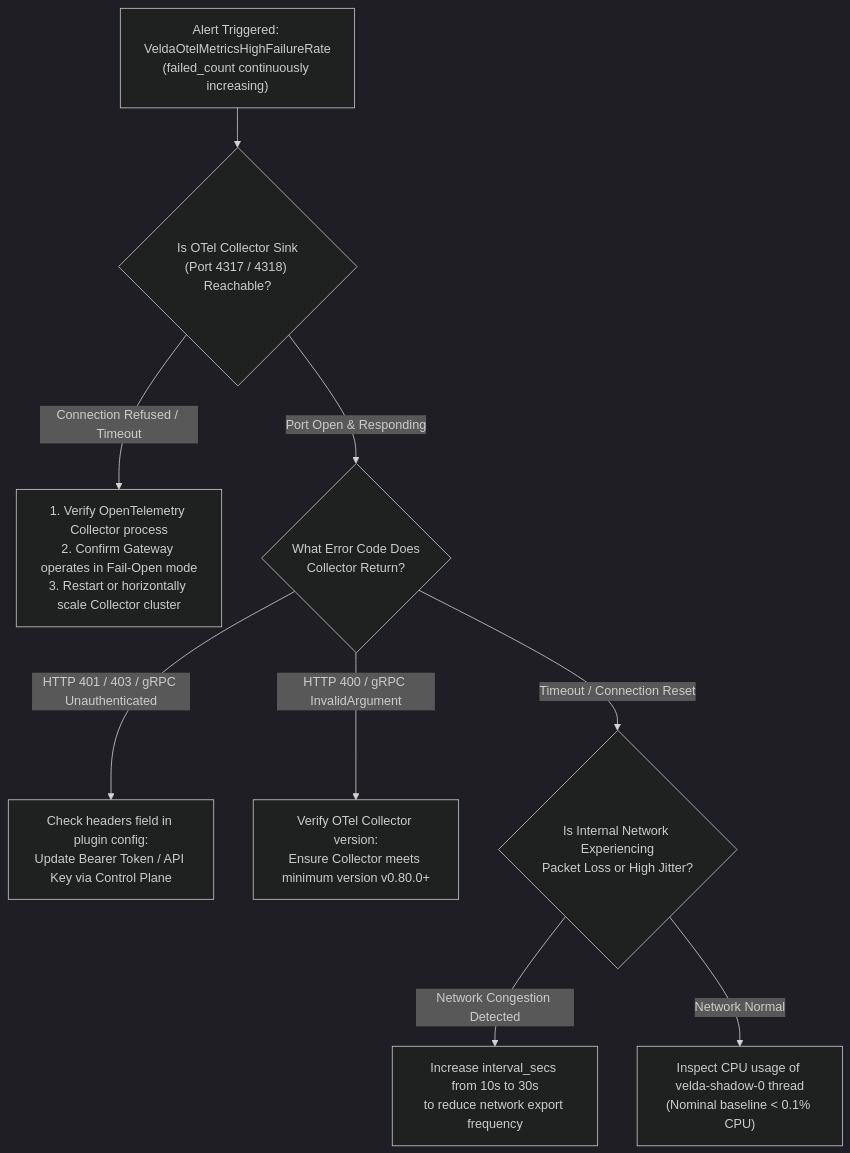
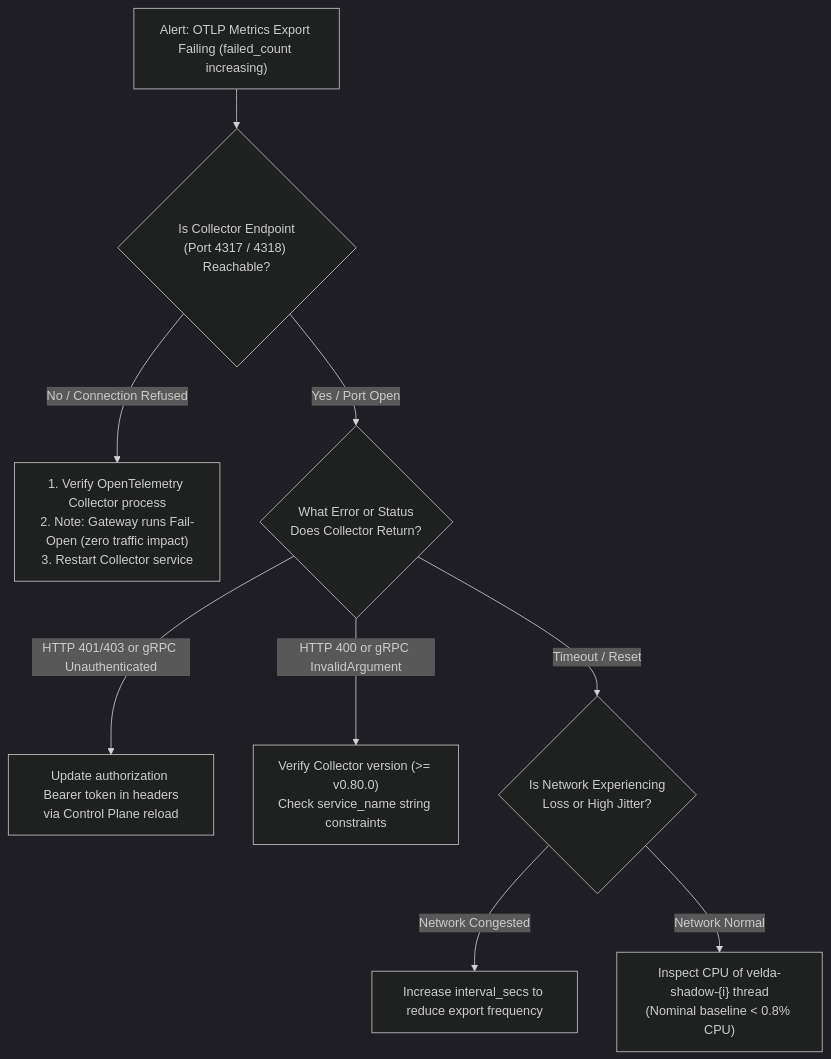
The diagram in crates/velda-plugin/src/background/otlp_metrics_exporter/RUNBOOK.md (phucle996/velda-edge), drawn with Mermaid (dark theme) before and after one commit. The commit also changed other lines of this file and 68 other files, not shown here.

````diff
--- a/crates/velda-plugin/src/background/otlp_metrics_exporter/RUNBOOK.md
+++ b/crates/velda-plugin/src/background/otlp_metrics_exporter/RUNBOOK.md
@@ -20,14 +82,14 @@
 ```mermaid
 flowchart TD
-    Alert["Alert Triggered: VeldaOtelMetricsHighFailureRate\n(failed_count continuously increasing)"] --> CheckCollector{"Is OTel Collector Sink\n(Port 4317 / 4318) Reachable?"}
-    
-    CheckCollector -->|Connection Refused / Timeout| ActionCollector["1. Verify OpenTelemetry Collector process\n2. Confirm Gateway operates in Fail-Open mode\n3. Restart or horizontally scale Collector cluster"]
-    CheckCollector -->|Port Open & Responding| CheckAuth{"What Error Code Does\nCollector Return?"}
-    
-    CheckAuth -->|HTTP 401 / 403 / gRPC Unauthenticated| ActionAuth["Check headers field in plugin config:\nUpdate Bearer Token / API Key via Control Plane"]
-    CheckAuth -->|HTTP 400 / gRPC InvalidArgument| ActionSchema["Verify OTel Collector version:\nEnsure Collector meets minimum version v0.80.0+"]
-    CheckAuth -->|Timeout / Connection Reset| CheckNetwork{"Is Internal Network Experiencing\nPacket Loss or High Jitter?"}
-    
-    CheckNetwork -->|Network Congestion Detected| ActionInterval["Increase interval_secs from 10s to 30s\nto reduce network export frequency"]
-    CheckNetwork -->|Network Normal| CheckShadow["Inspect CPU usage of velda-shadow-0 thread\n(Nominal baseline < 0.1% CPU)"]
+    ALERT["Alert: OTLP Metrics Export Failing (failed_count increasing)"] --> CHK_COLLECTOR{"Is Collector Endpoint\n(Port 4317 / 4318) Reachable?"}
+
+    CHK_COLLECTOR -->|"No / Connection Refused"| ACT_COLLECTOR["1. Verify OpenTelemetry Collector process\n2. Note: Gateway runs Fail-Open (zero traffic impact)\n3. Restart Collector service"]
+    CHK_COLLECTOR -->|"Yes / Port Open"| CHK_STATUS{"What Error or Status\nDoes Collector Return?"}
+
+    CHK_STATUS -->|"HTTP 401/403 or gRPC Unauthenticated"| FIX_AUTH["Update authorization Bearer token in headers\nvia Control Plane reload"]
+    CHK_STATUS -->|"HTTP 400 or gRPC InvalidArgument"| FIX_SCHEMA["Verify Collector version (>= v0.80.0)\nCheck service_name string constraints"]
+    CHK_STATUS -->|"Timeout / Reset"| CHK_NET{"Is Network Experiencing\nLoss or High Jitter?"}
+
+    CHK_NET -->|"Network Congested"| ACT_INTERVAL["Increase interval_secs to reduce export frequency"]
+    CHK_NET -->|"Network Normal"| CHK_THREAD["Inspect CPU of velda-shadow-{i} thread\n(Nominal baseline < 0.8% CPU)"]
 ```
````
